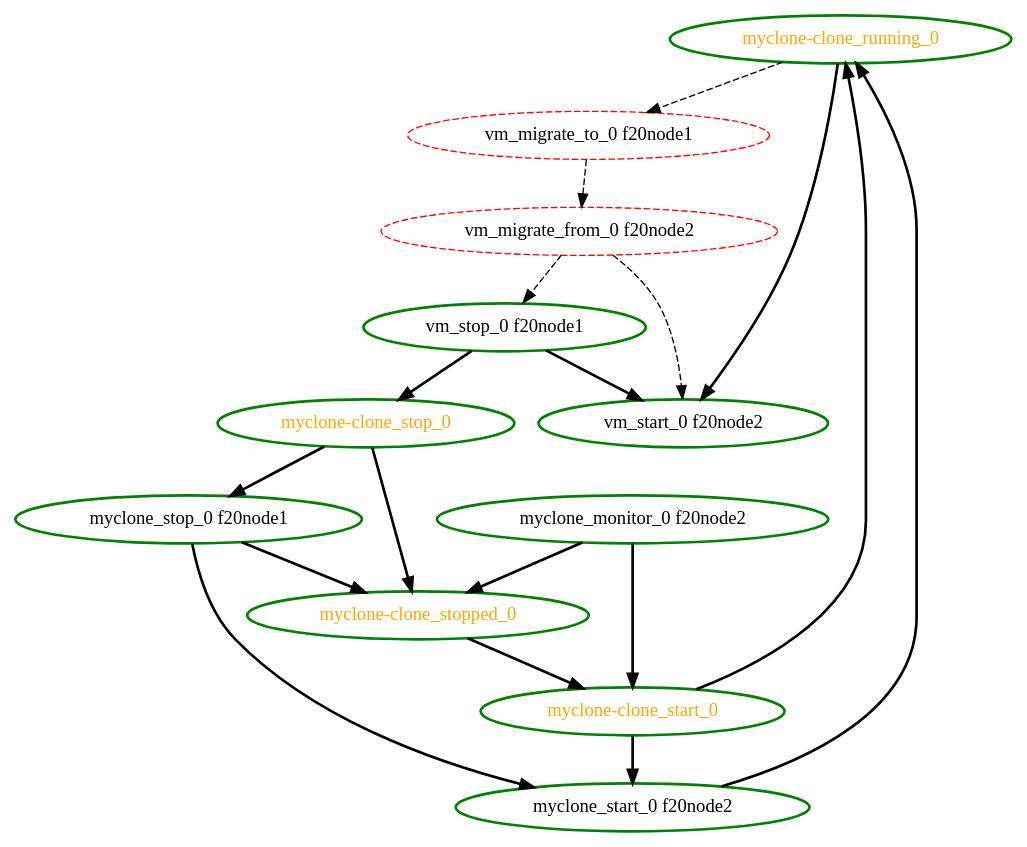
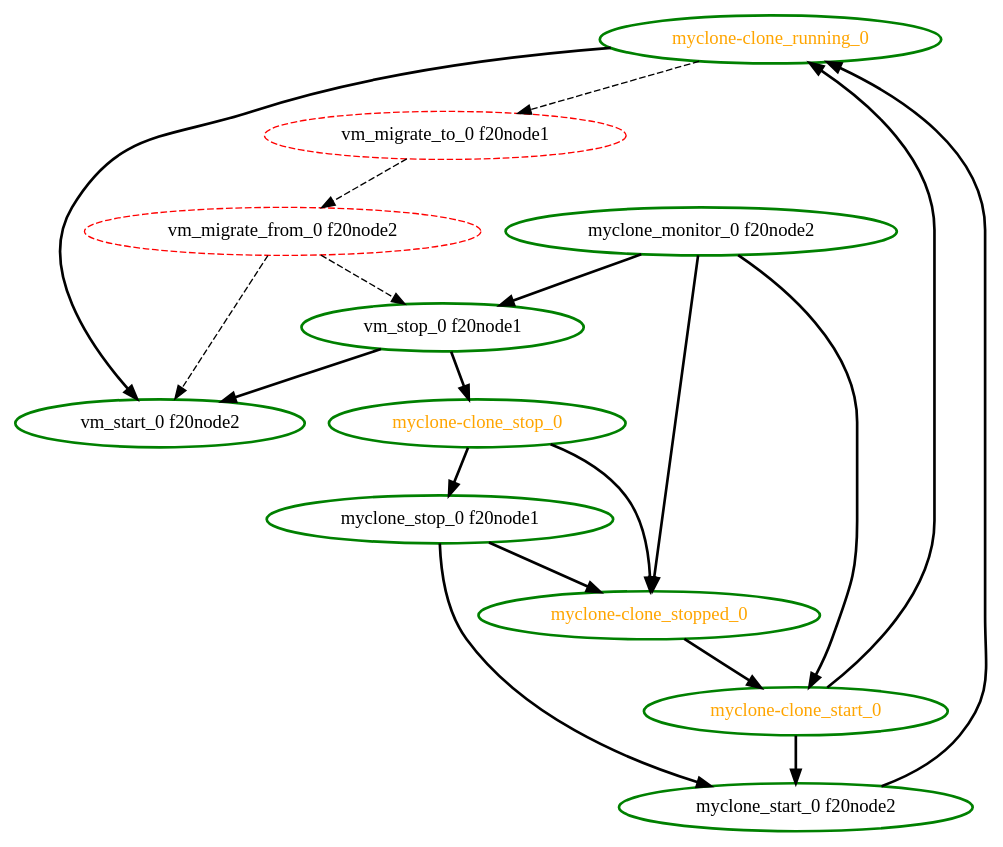
The diagram in pengine/test10/11-a-then-bm-b-move-a-clone-starting.dot (ClusterLabs/pacemaker), drawn with Graphviz before and after one commit. The commit also changed 13 other files, not shown here.

```diff
--- a/pengine/test10/11-a-then-bm-b-move-a-clone-starting.dot
+++ b/pengine/test10/11-a-then-bm-b-move-a-clone-starting.dot
@@ -1,30 +1,31 @@
  digraph "g" {
 "myclone-clone_running_0" -> "vm_migrate_to_0 f20node1" [ style = dashed]
 "myclone-clone_running_0" -> "vm_start_0 f20node2" [ style = bold]
 "myclone-clone_running_0" [ style=bold color="green" fontcolor="orange"]
 "myclone-clone_start_0" -> "myclone-clone_running_0" [ style = bold]
 "myclone-clone_start_0" -> "myclone_start_0 f20node2" [ style = bold]
 "myclone-clone_start_0" [ style=bold color="green" fontcolor="orange"]
 "myclone-clone_stop_0" -> "myclone-clone_stopped_0" [ style = bold]
 "myclone-clone_stop_0" -> "myclone_stop_0 f20node1" [ style = bold]
 "myclone-clone_stop_0" [ style=bold color="green" fontcolor="orange"]
 "myclone-clone_stopped_0" -> "myclone-clone_start_0" [ style = bold]
 "myclone-clone_stopped_0" [ style=bold color="green" fontcolor="orange"]
 "myclone_monitor_0 f20node2" -> "myclone-clone_start_0" [ style = bold]
 "myclone_monitor_0 f20node2" -> "myclone-clone_stopped_0" [ style = bold]
+"myclone_monitor_0 f20node2" -> "vm_stop_0 f20node1" [ style = bold]
 "myclone_monitor_0 f20node2" [ style=bold color="green" fontcolor="black"]
 "myclone_start_0 f20node2" -> "myclone-clone_running_0" [ style = bold]
 "myclone_start_0 f20node2" [ style=bold color="green" fontcolor="black"]
 "myclone_stop_0 f20node1" -> "myclone-clone_stopped_0" [ style = bold]
 "myclone_stop_0 f20node1" -> "myclone_start_0 f20node2" [ style = bold]
 "myclone_stop_0 f20node1" [ style=bold color="green" fontcolor="black"]
 "vm_migrate_from_0 f20node2" -> "vm_start_0 f20node2" [ style = dashed]
 "vm_migrate_from_0 f20node2" -> "vm_stop_0 f20node1" [ style = dashed]
 "vm_migrate_from_0 f20node2" [ style=dashed color="red" fontcolor="black"]
 "vm_migrate_to_0 f20node1" -> "vm_migrate_from_0 f20node2" [ style = dashed]
 "vm_migrate_to_0 f20node1" [ style=dashed color="red" fontcolor="black"]
 "vm_start_0 f20node2" [ style=bold color="green" fontcolor="black"]
 "vm_stop_0 f20node1" -> "myclone-clone_stop_0" [ style = bold]
 "vm_stop_0 f20node1" -> "vm_start_0 f20node2" [ style = bold]
 "vm_stop_0 f20node1" [ style=bold color="green" fontcolor="black"]
 }
```
